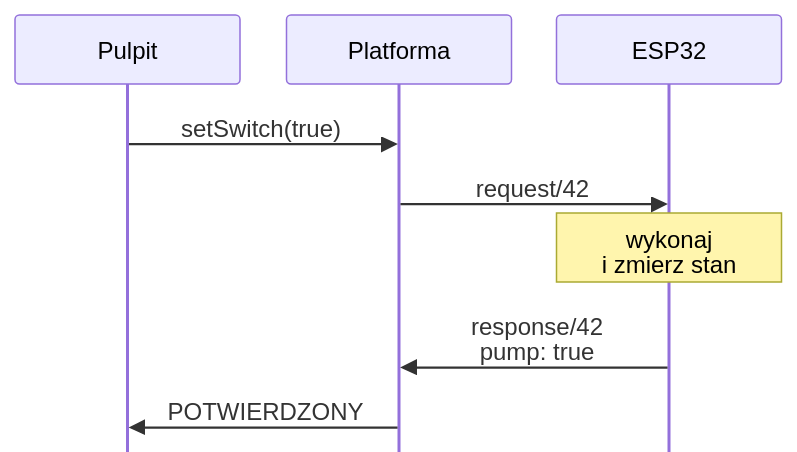
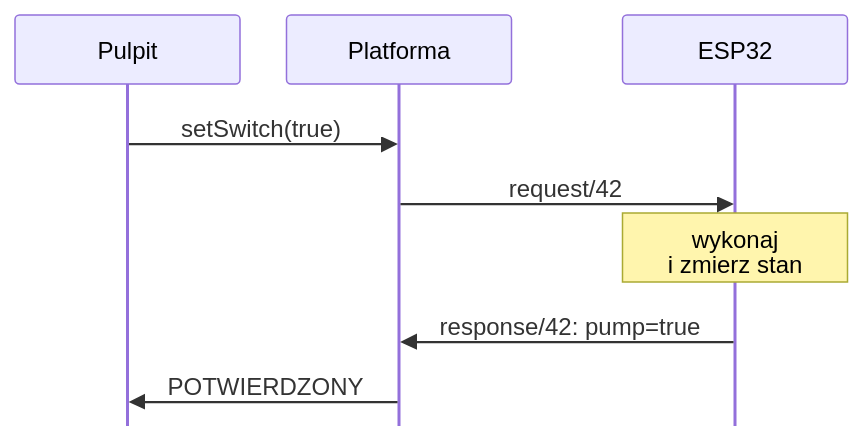
The second of 2 diagrams in slides/06-thingsboard-ce.qmd (moondec/iot_lectures), drawn with Mermaid before and after one commit. The commit also changed 20 other files, not shown here.

````diff
--- a/slides/06-thingsboard-ce.qmd
+++ b/slides/06-thingsboard-ce.qmd
@@ -199,14 +199,14 @@
 ```{mermaid}
 %%| fig-width: 6.6
-%%| fig-height: 3.7
+%%| fig-height: 3.3
 %%{init: {"sequence": {"mirrorActors": false, "actorMargin": 30, "width": 150, "height": 46, "boxMargin": 6, "noteMargin": 6, "messageMargin": 22, "diagramMarginX": 10, "diagramMarginY": 6}}}%%
 sequenceDiagram
     participant U as Pulpit
     participant P as Platforma
     participant D as ESP32
     U->>P: setSwitch(true)
     P->>D: request/42
     Note over D: wykonaj<br>i zmierz stan
-    D->>P: response/42<br>pump: true
+    D->>P: response/42: pump=true
     P->>U: POTWIERDZONY
 ```
````
